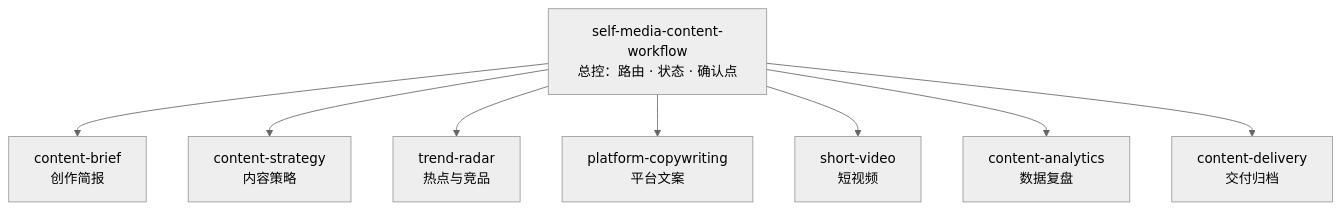
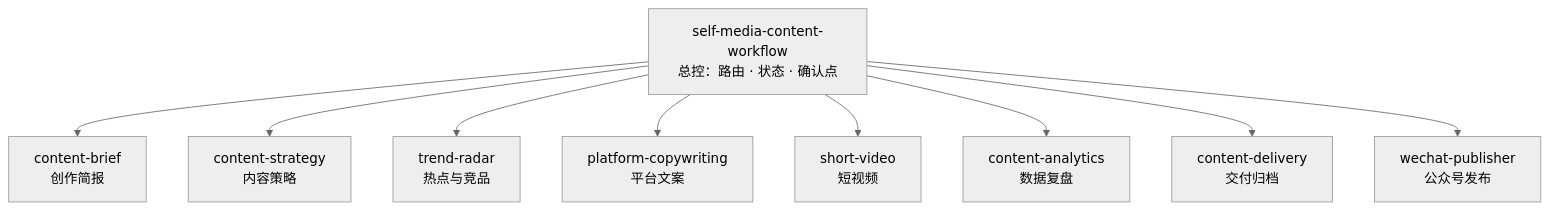
One commit to huangzigen666/self-media-content-workflow changed the diagram in README.md. Above: the diagram before and after it, drawn with Mermaid (neutral theme). The commit also changed other lines of this file and 12 other files, not shown here.

First line of the commit message:
feat(self-media-wechat-publisher): add wechat draft publishing module

````diff
--- a/README.md
+++ b/README.md
@@ -19,11 +19,12 @@
 ```mermaid
 graph TD
     W["self-media-content-workflow<br/>总控：路由 · 状态 · 确认点"]
     W --> B["content-brief<br/>创作简报"]
     W --> S["content-strategy<br/>内容策略"]
     W --> R["trend-radar<br/>热点与竞品"]
     W --> C["platform-copywriting<br/>平台文案"]
     W --> V["short-video<br/>短视频"]
     W --> A["content-analytics<br/>数据复盘"]
     W --> D["content-delivery<br/>交付归档"]
+    W --> P["wechat-publisher<br/>公众号发布"]
 ```
````
